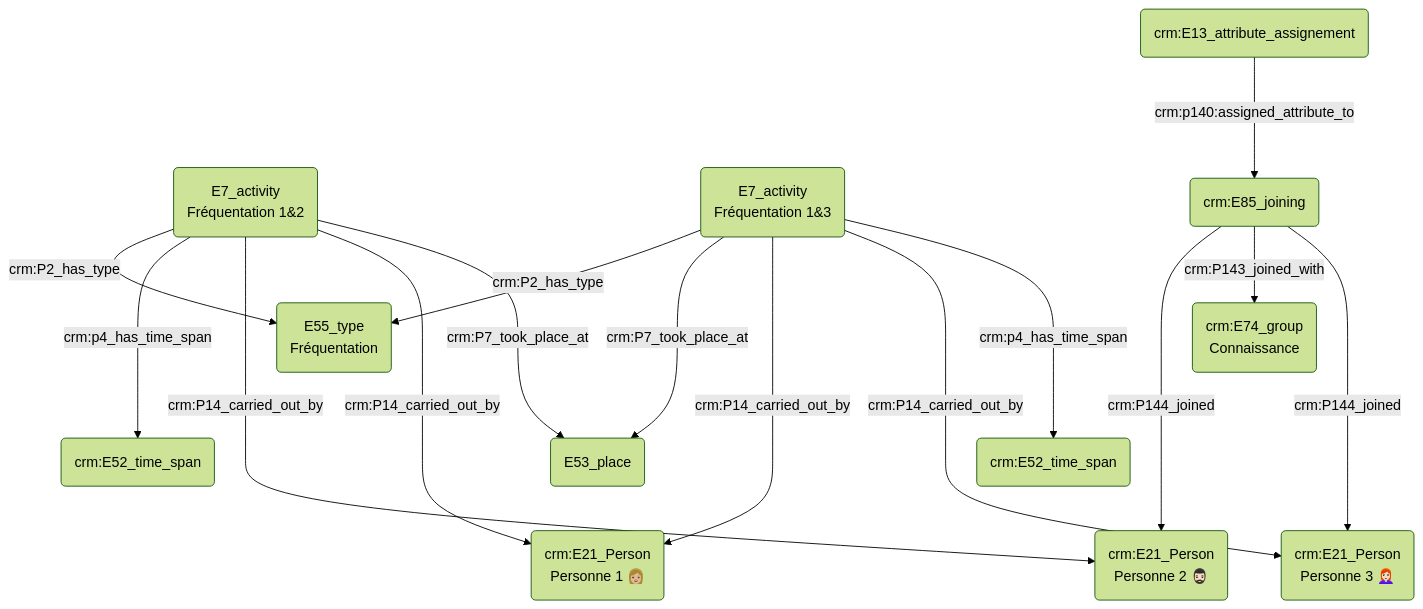
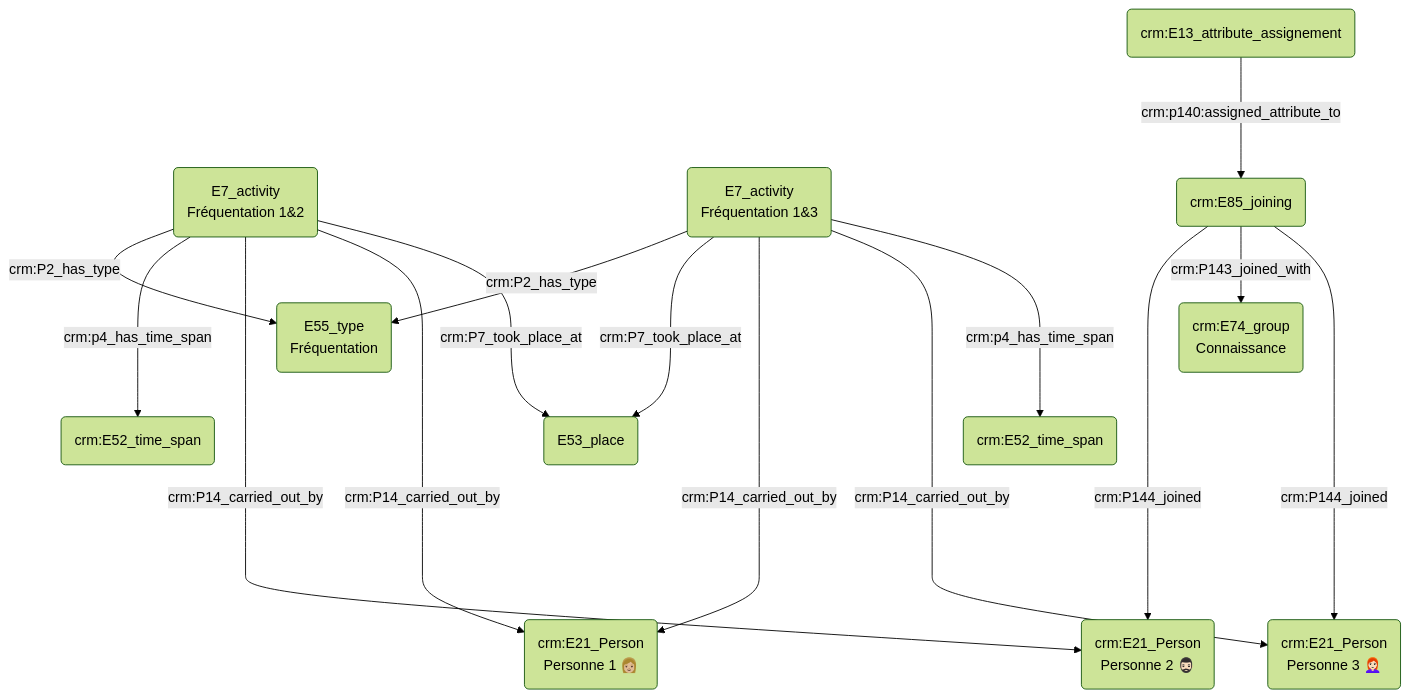
The third of 3 diagrams in modules/prosopographie/index.md (Amleth/consortium-musica2-gt2-ontologies), drawn with Mermaid (forest theme) before and after one commit. The commit also changed other lines of this file, not shown here.

````diff
--- a/modules/prosopographie/index.md
+++ b/modules/prosopographie/index.md
@@ -44,25 +44,25 @@
 ```mermaid
 graph TD;
 
 
 B(E7_activity<br>Fréquentation 1&2) -->|crm:P2_has_type| F(E55_type<br>Fréquentation)
 D(E7_activity<br>Fréquentation 1&3) -->|crm:P2_has_type| F(E55_type<br>Fréquentation)
 
 B(E7_activity<br>Fréquentation 1&2) ---> |crm:p4_has_time_span| I(crm:E52_time_span)
 
-B(E7_activity<br>Fréquentation 1&2) ---->|crm:P14_carried_out_by| C("crm:E21_Person<br>Personne 2 🧔🏻‍♂️")
+B(E7_activity<br>Fréquentation 1&2) ------>|crm:P14_carried_out_by| C("crm:E21_Person<br>Personne 2 🧔🏻‍♂️")
 B(E7_activity<br>Fréquentation 1&2) ---->|crm:P14_carried_out_by| A("crm:E21_Person<br>Personne 1 👩🏼")
-D(E7_activity<br>Fréquentation 1&3) --->|crm:P7_took_place_at| S(E53_place)
-B(E7_activity<br>Fréquentation 1&2) --->|crm:P7_took_place_at| S(E53_place)
-D(E7_activity<br>Fréquentation 1&3) ---->|crm:P14_carried_out_by| A("crm:E21_Person<br>Personne 1 👩🏼")
-D(E7_activity<br>Fréquentation 1&3) ---->|crm:P14_carried_out_by| E("crm:E21_Person<br>Personne 3 👩🏻‍🦰")
+D(E7_activity<br>Fréquentation 1&3) --->|crm:P7_took_place_at| M(E53_place)
+B(E7_activity<br>Fréquentation 1&2) --->|crm:P7_took_place_at| M(E53_place)
+D(E7_activity<br>Fréquentation 1&3) ------>|crm:P14_carried_out_by| A("crm:E21_Person<br>Personne 1 👩🏼")
+D(E7_activity<br>Fréquentation 1&3) ------>|crm:P14_carried_out_by| E("crm:E21_Person<br>Personne 3 👩🏻‍🦰")
 
 D(E7_activity<br>Fréquentation 1&3) ---> |crm:p4_has_time_span| N(crm:E52_time_span)
 
-G(crm:E85_joining) ---->|crm:P144_joined| C("crm:E21_Person<br>Personne 2 🧔🏻‍♂️")
+G(crm:E85_joining) ------>|crm:P144_joined| C("crm:E21_Person<br>Personne 2 🧔🏻‍♂️")
 G(crm:E85_joining) -->|crm:P143_joined_with| H(crm:E74_group<br>Connaissance)
-G(crm:E85_joining) ---->|crm:P144_joined| E("crm:E21_Person<br>Personne 3 👩🏻‍🦰")
+G(crm:E85_joining) ------>|crm:P144_joined| E("crm:E21_Person<br>Personne 3 👩🏻‍🦰")
 
 O(crm:E13_attribute_assignement) --->|crm:p140:assigned_attribute_to| G(crm:E85_joining)
 
 ```
````
